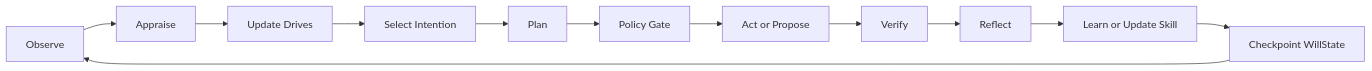
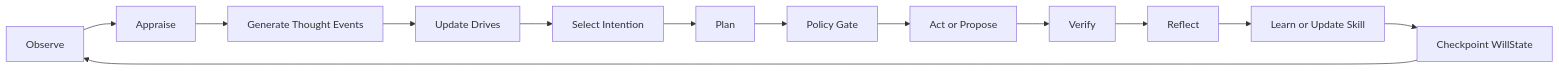
Before and after one commit to tranfu-labs/Will-app: the diagram in docs/technical-stack-rfc.md, drawn with Mermaid. The commit also changed other lines of this file and 4 other files, not shown here.

````diff
--- a/docs/technical-stack-rfc.md
+++ b/docs/technical-stack-rfc.md
@@ -148,14 +152,15 @@
 ```mermaid
 flowchart LR
   A["Observe"] --> B["Appraise"]
-  B --> C["Update Drives"]
-  C --> D["Select Intention"]
-  D --> E["Plan"]
-  E --> F["Policy Gate"]
-  F --> G["Act or Propose"]
-  G --> H["Verify"]
-  H --> I["Reflect"]
-  I --> J["Learn or Update Skill"]
-  J --> K["Checkpoint WillState"]
-  K --> A
+  B --> C["Generate Thought Events"]
+  C --> D["Update Drives"]
+  D --> E["Select Intention"]
+  E --> F["Plan"]
+  F --> G["Policy Gate"]
+  G --> H["Act or Propose"]
+  H --> I["Verify"]
+  I --> J["Reflect"]
+  J --> K["Learn or Update Skill"]
+  K --> L["Checkpoint WillState"]
+  L --> A
 ```
````
